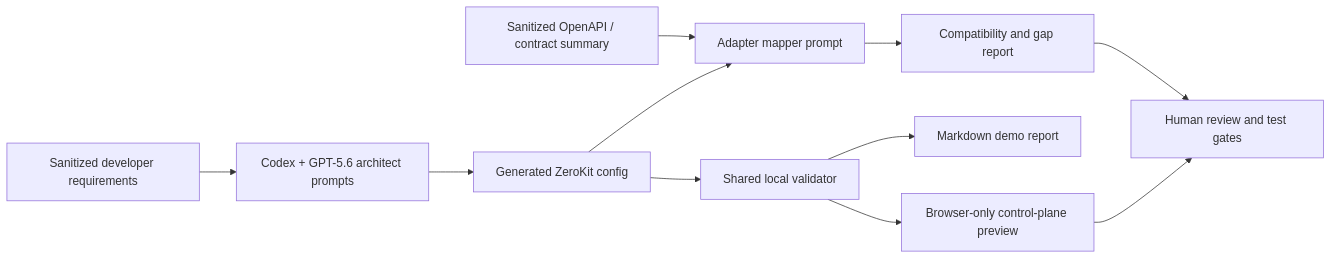
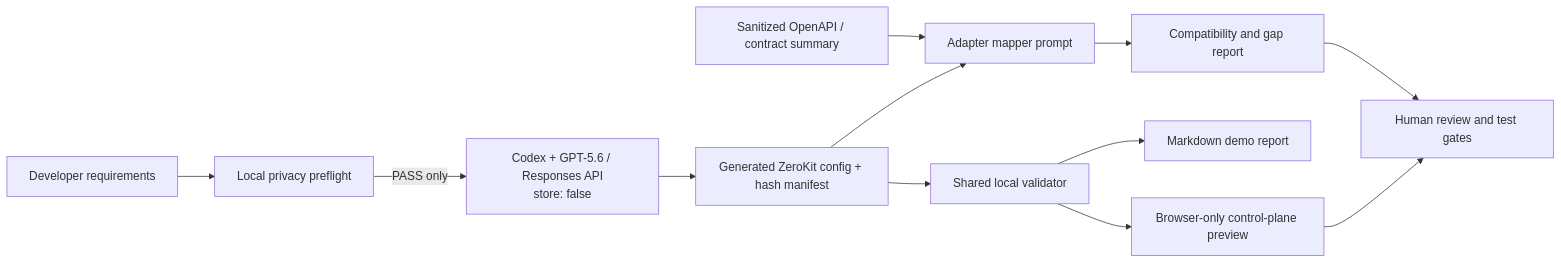
Before and after one commit to zyganali-glitch/zerokit-ai-control-plane: the diagram in README.md, drawn with Mermaid. The commit also changed other lines of this file and 18 other files, not shown here.

````diff
--- a/README.md
+++ b/README.md
@@ -25,13 +25,14 @@
 ```mermaid
 flowchart LR
-  A["Sanitized developer requirements"] --> B["Codex + GPT-5.6 architect prompts"]
-  B --> C["Generated ZeroKit config"]
+  A["Developer requirements"] --> P["Local privacy preflight"]
+  P -->|"PASS only"| B["Codex + GPT-5.6 / Responses API\nstore: false"]
+  B --> C["Generated ZeroKit config + hash manifest"]
   C --> D["Shared local validator"]
   D --> E["Browser-only control-plane preview"]
   D --> F["Markdown demo report"]
   G["Sanitized OpenAPI / contract summary"] --> H["Adapter mapper prompt"]
   C --> H
   H --> I["Compatibility and gap report"]
   I --> J["Human review and test gates"]
   E --> J
 ```
````
